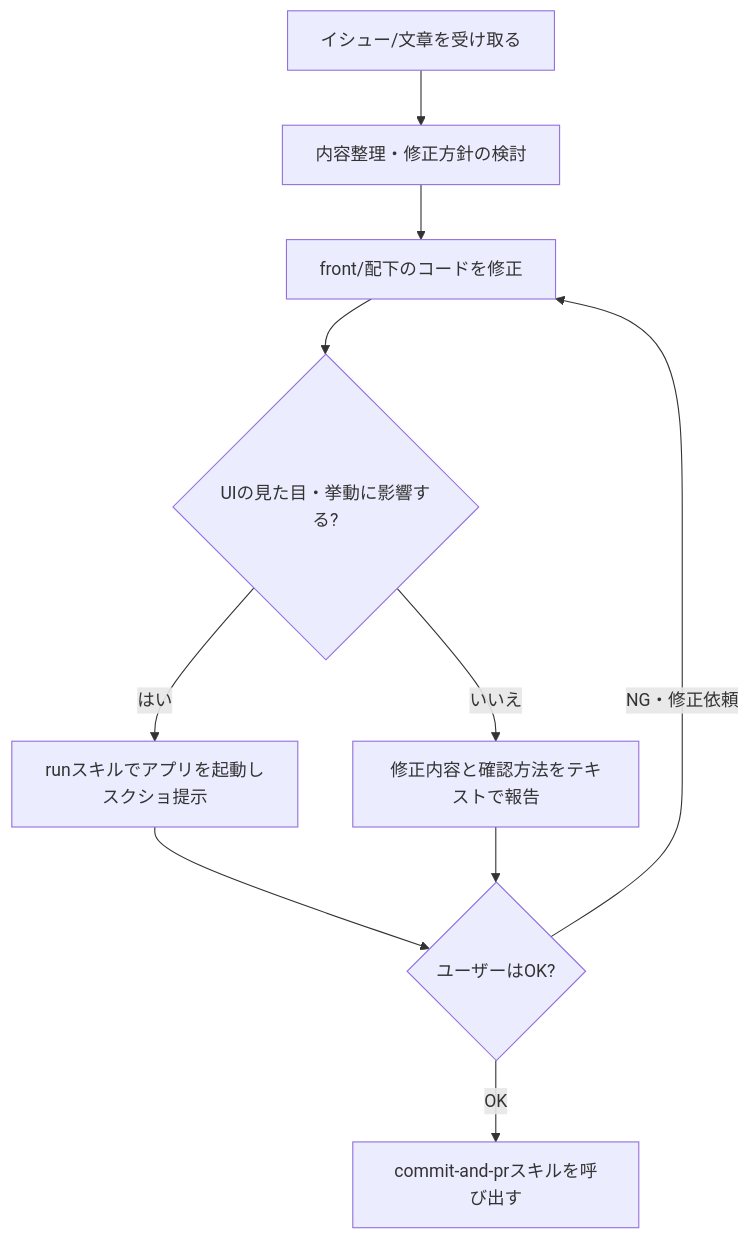
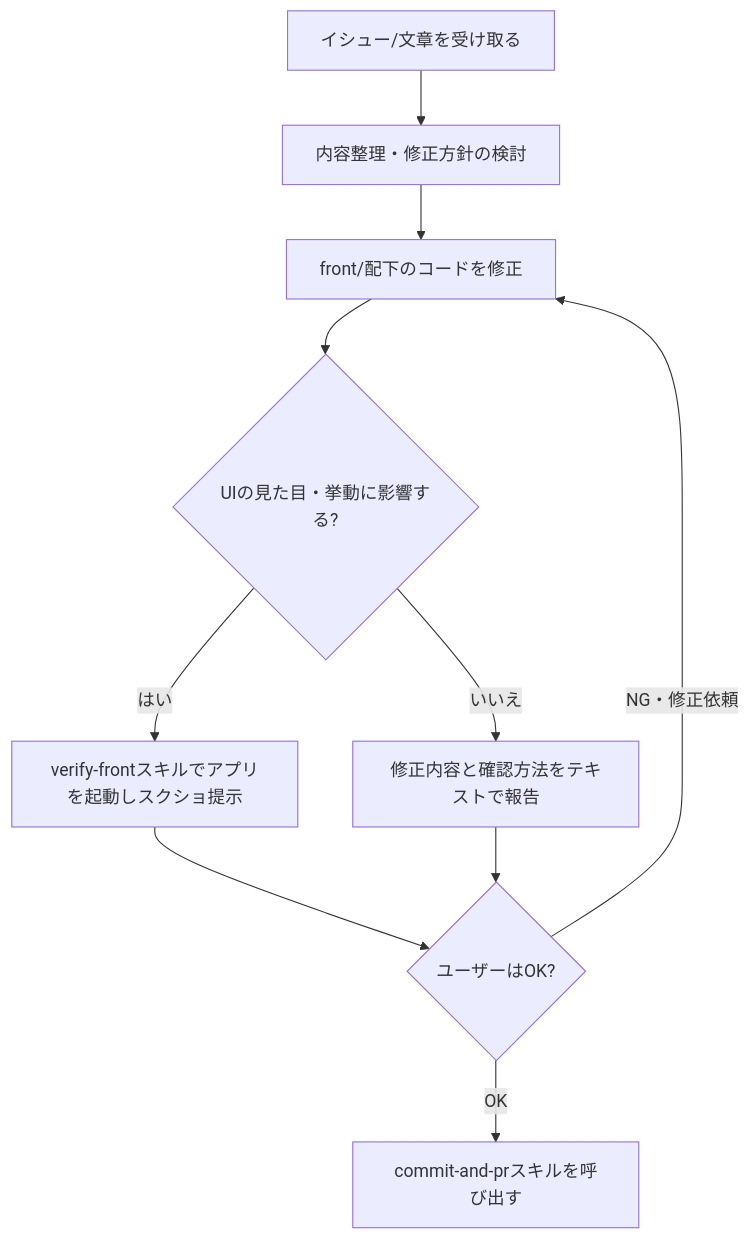
Before and after one commit to akinaritakaishi/sample_todo: the diagram in .claude/skills/fix-and-verify/SKILL.md, drawn with Mermaid. The commit also changed other lines of this file, not shown here.

Commit message:
Point fix-and-verify to the verify-front skill
Reference the new project-specific verify-front skill instead of the
generic run skill so the UI-check step gets Playwright screenshots,
console error/warning capture, and guaranteed dev-server cleanup.

Claude-Session: https://claude.ai/code/session_01TULLYuoeixz5mGZfispf3p

````diff
--- a/.claude/skills/fix-and-verify/SKILL.md
+++ b/.claude/skills/fix-and-verify/SKILL.md
@@ -16,12 +16,12 @@
 ```mermaid
 flowchart TD
     A[イシュー/文章を受け取る] --> B[内容整理・修正方針の検討]
     B --> C[front/配下のコードを修正]
     C --> D{UIの見た目・挙動に影響する?}
-    D -- はい --> E[runスキルでアプリを起動しスクショ提示]
+    D -- はい --> E[verify-frontスキルでアプリを起動しスクショ提示]
     D -- いいえ --> F[修正内容と確認方法をテキストで報告]
     E --> G{ユーザーはOK?}
     G -- NG・修正依頼 --> C
     G -- OK --> H[commit-and-prスキルを呼び出す]
     F --> G
 ```
````
